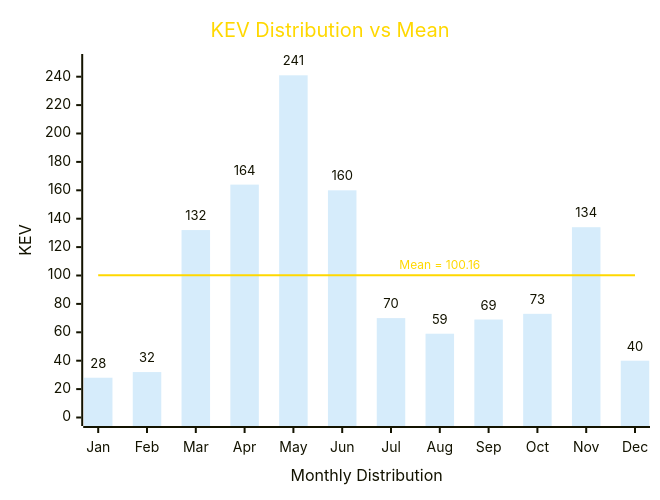
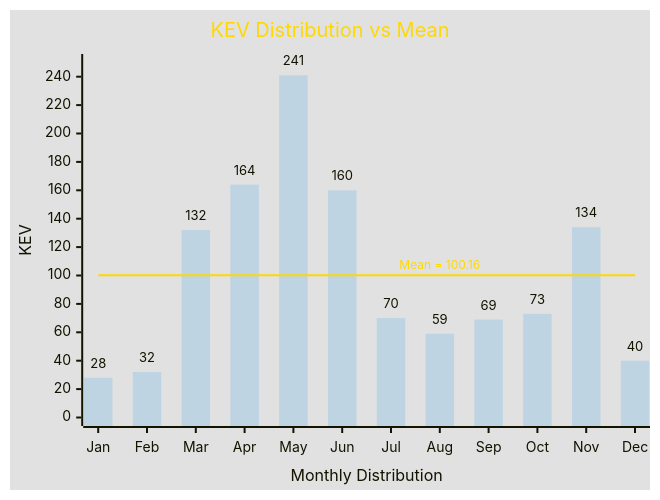
One commit to myseq/makeshift changed the diagram in mdfiles/cisakev36m.md. Above: the diagram before and after it, drawn with Mermaid.

Commit message:
updated data

````diff
--- a/mdfiles/cisakev36m.md
+++ b/mdfiles/cisakev36m.md
@@ -3,23 +3,24 @@
 ```mermaid
 ---
 config:
     xyChart:
         width: 640
         height: 480
         showLegend: true
         showDataLabel: true
         showDataLabelOutsideBar: true
     themeVariables:
         xyChart:
+            backgroundColor: "#e1e1e1"
             titleColor: "#ffd800"
             plotColorPalette: '#36A2EB33, #ffd800'
 
 ---
 xychart
     title "KEV Distribution vs Mean"
     x-axis "Monthly Distribution" [Jan, Feb, Mar, Apr, May, Jun, Jul, Aug, Sep, Oct, Nov, Dec]
     y-axis "KEV"  0 --> 250
     bar "month" [28, 32, 132, 164, 241, 160, 70, 59, 69, 73, 134, 40]
     line "mean" [100.16, 100.16, 100.16, 100.16, 100.16, 100.16, 100.16, 100.16 "Mean = 100.16", 100.16, 100.16, 100.16, 100.16]
 
 ```
````
